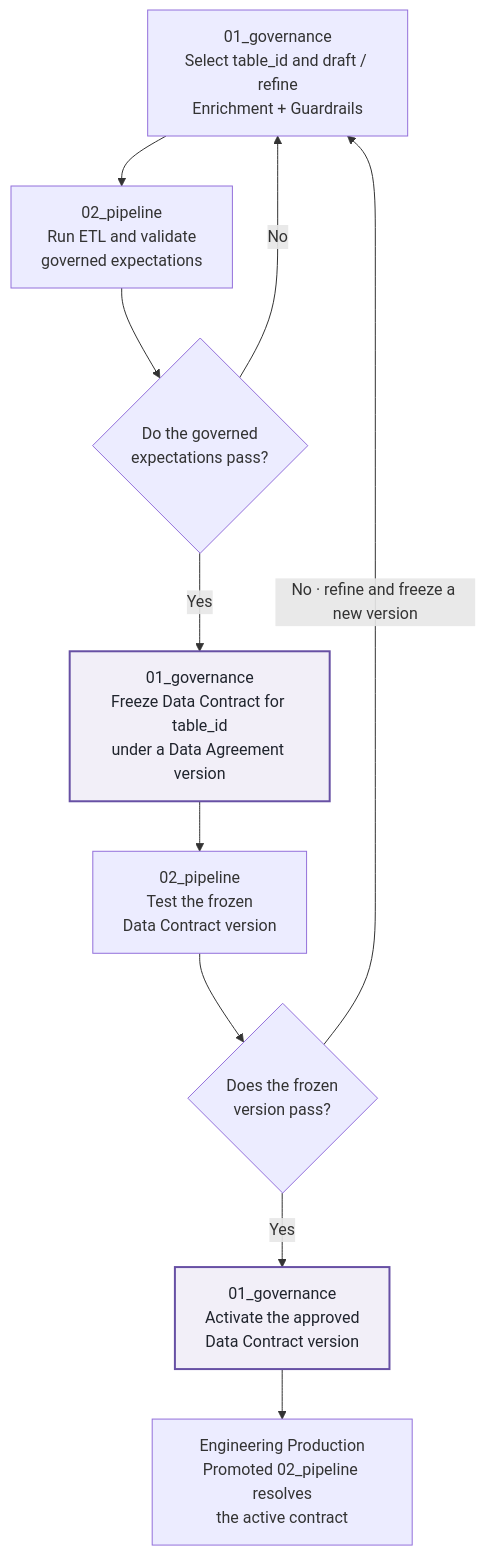
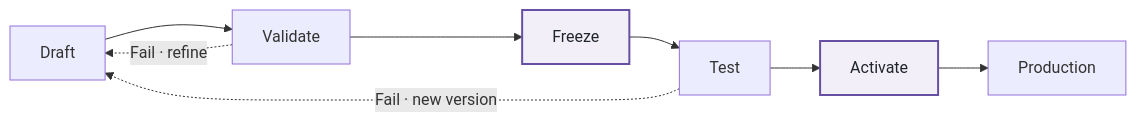
One commit to Voycepeh/FabricOps-Starter-Kit changed the diagram in docs/how-fabricops-works.md. Above: the diagram before and after it, drawn with Mermaid. The commit also changed other lines of this file, not shown here.

Commit message:
Tighten core loop diagram

````diff
--- a/docs/how-fabricops-works.md
+++ b/docs/how-fabricops-works.md
@@ -293,24 +293,9 @@
 ```mermaid
-flowchart TB
-    GOVERN["01_governance<br/>Select table_id and draft / refine<br/>Enrichment + Guardrails"]
-    VALIDATE["02_pipeline<br/>Run ETL and validate<br/>governed expectations"]
-    PASS{"Do the governed<br/>expectations pass?"}
-    FREEZE["01_governance<br/>Freeze Data Contract for table_id<br/>under a Data Agreement version"]
-    TEST["02_pipeline<br/>Test the frozen<br/>Data Contract version"]
-    FROZEN_PASS{"Does the frozen<br/>version pass?"}
-    ACTIVATE["01_governance<br/>Activate the approved<br/>Data Contract version"]
-    PROD["Engineering Production<br/>Promoted 02_pipeline resolves<br/>the active contract"]
-
-    GOVERN --> VALIDATE
-    VALIDATE --> PASS
-    PASS -- "No" --> GOVERN
-    PASS -- "Yes" --> FREEZE
-    FREEZE --> TEST
-    TEST --> FROZEN_PASS
-    FROZEN_PASS -- "No · refine and freeze a new version" --> GOVERN
-    FROZEN_PASS -- "Yes" --> ACTIVATE
-    ACTIVATE --> PROD
+flowchart LR
+    DRAFT["Draft"] --> VALIDATE["Validate"] --> FREEZE["Freeze"] --> TEST["Test"] --> ACTIVATE["Activate"] --> PROD["Production"]
+    VALIDATE -. "Fail · refine" .-> DRAFT
+    TEST -. "Fail · new version" .-> DRAFT
 
     classDef focal fill:#f2eff8,stroke:#6750a4,stroke-width:2px,color:#20242d;
     class FREEZE,ACTIVATE focal;
 ```
````
